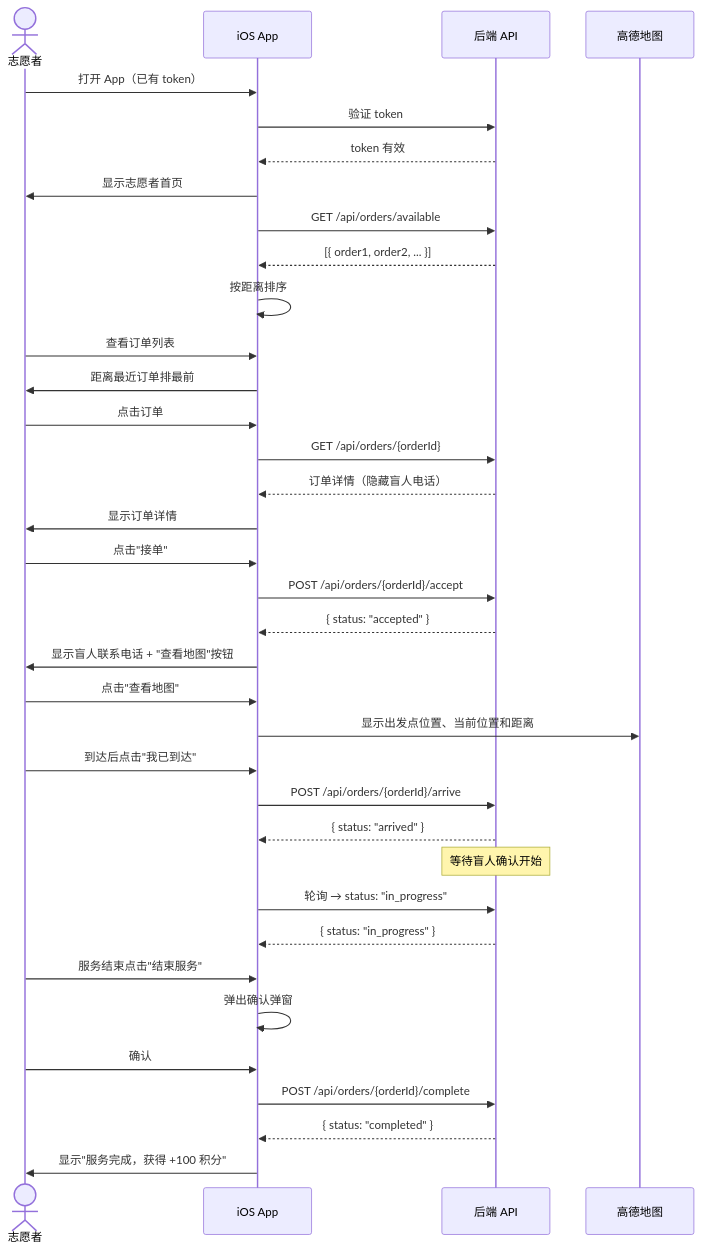
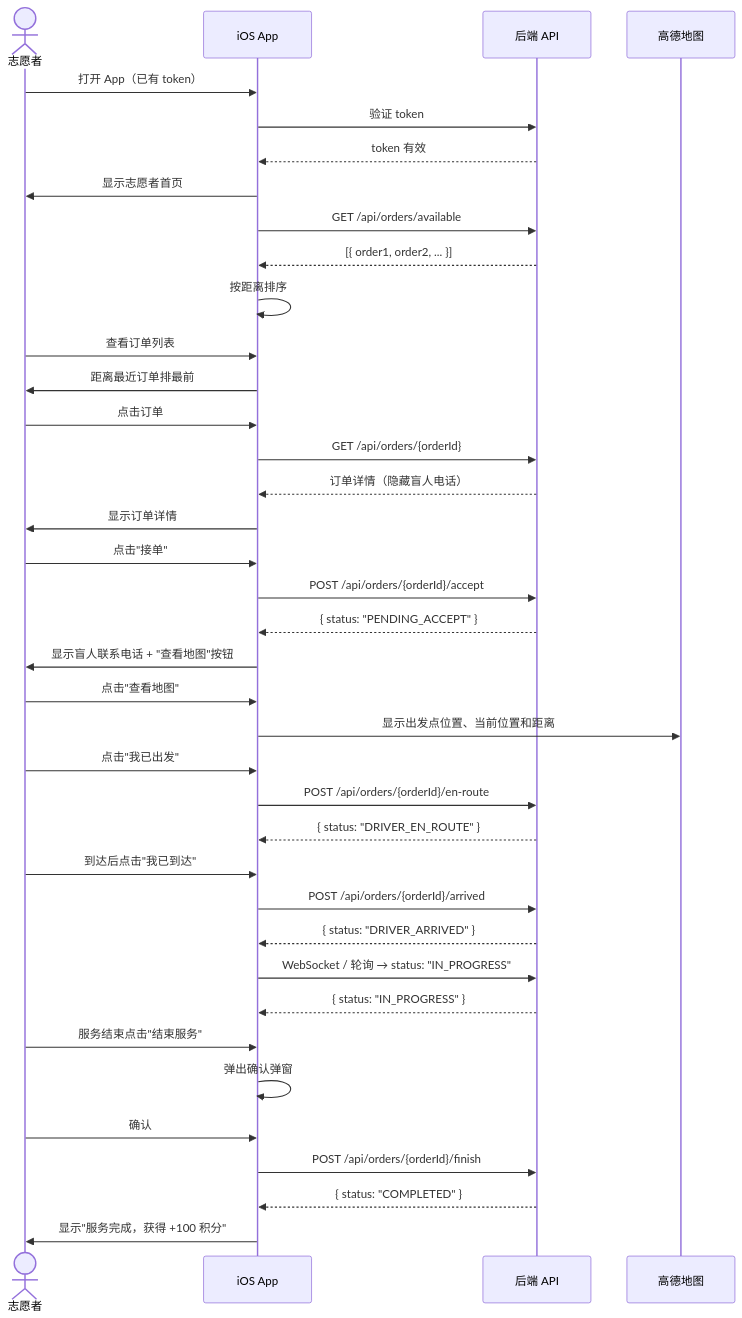
Before and after one commit to Jayden23018/blind-run-ios: the fourth of 7 diagrams in docs/04-user-flows-and-state-machine.md, drawn with Mermaid. The commit also changed other lines of this file and 29 other files, not shown here.

Commit message:
Update test accounts and cloud E2E flow

````diff
--- a/docs/04-user-flows-and-state-machine.md
+++ b/docs/04-user-flows-and-state-machine.md
@@ -182,47 +184,49 @@
 ```mermaid
 sequenceDiagram
     actor VOL as 志愿者
     participant App as iOS App
     participant API as 后端 API
     participant AMap as 高德地图
 
     VOL->>App: 打开 App（已有 token）
     App->>API: 验证 token
     API-->>App: token 有效
     App->>VOL: 显示志愿者首页
     App->>API: GET /api/orders/available
     API-->>App: [{ order1, order2, ... }]
     App->>App: 按距离排序
 
     VOL->>App: 查看订单列表
     App->>VOL: 距离最近订单排最前
 
     VOL->>App: 点击订单
     App->>API: GET /api/orders/{orderId}
     API-->>App: 订单详情（隐藏盲人电话）
     App->>VOL: 显示订单详情
 
     VOL->>App: 点击"接单"
     App->>API: POST /api/orders/{orderId}/accept
-    API-->>App: { status: "accepted" }
+    API-->>App: { status: "PENDING_ACCEPT" }
     App->>VOL: 显示盲人联系电话 + "查看地图"按钮
 
     VOL->>App: 点击"查看地图"
     App->>AMap: 显示出发点位置、当前位置和距离
 
+    VOL->>App: 点击"我已出发"
+    App->>API: POST /api/orders/{orderId}/en-route
+    API-->>App: { status: "DRIVER_EN_ROUTE" }
+
     VOL->>App: 到达后点击"我已到达"
-    App->>API: POST /api/orders/{orderId}/arrive
-    API-->>App: { status: "arrived" }
+    App->>API: POST /api/orders/{orderId}/arrived
+    API-->>App: { status: "DRIVER_ARRIVED" }
 
-    Note over API: 等待盲人确认开始
-
-    App->>API: 轮询 → status: "in_progress"
-    API-->>App: { status: "in_progress" }
+    App->>API: WebSocket / 轮询 → status: "IN_PROGRESS"
+    API-->>App: { status: "IN_PROGRESS" }
 
     VOL->>App: 服务结束点击"结束服务"
     App->>App: 弹出确认弹窗
     VOL->>App: 确认
-    App->>API: POST /api/orders/{orderId}/complete
-    API-->>App: { status: "completed" }
+    App->>API: POST /api/orders/{orderId}/finish
+    API-->>App: { status: "COMPLETED" }
     App->>VOL: 显示"服务完成，获得 +100 积分"
 ```
````
